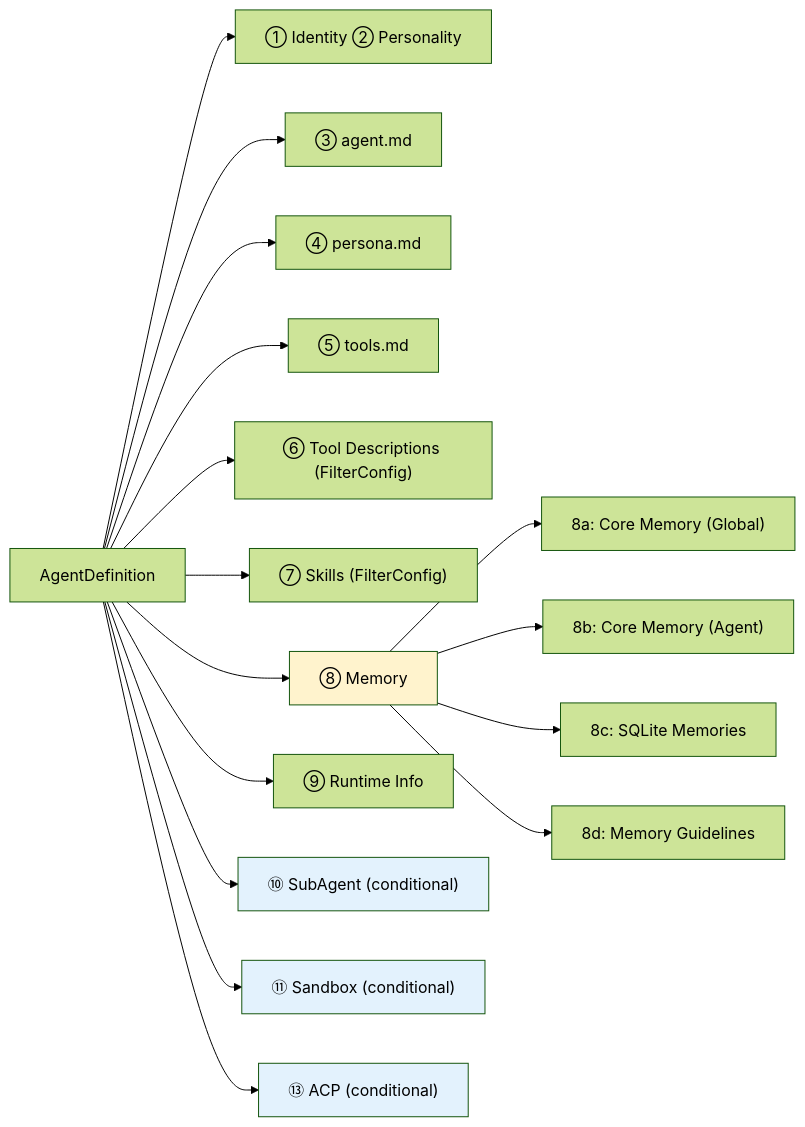
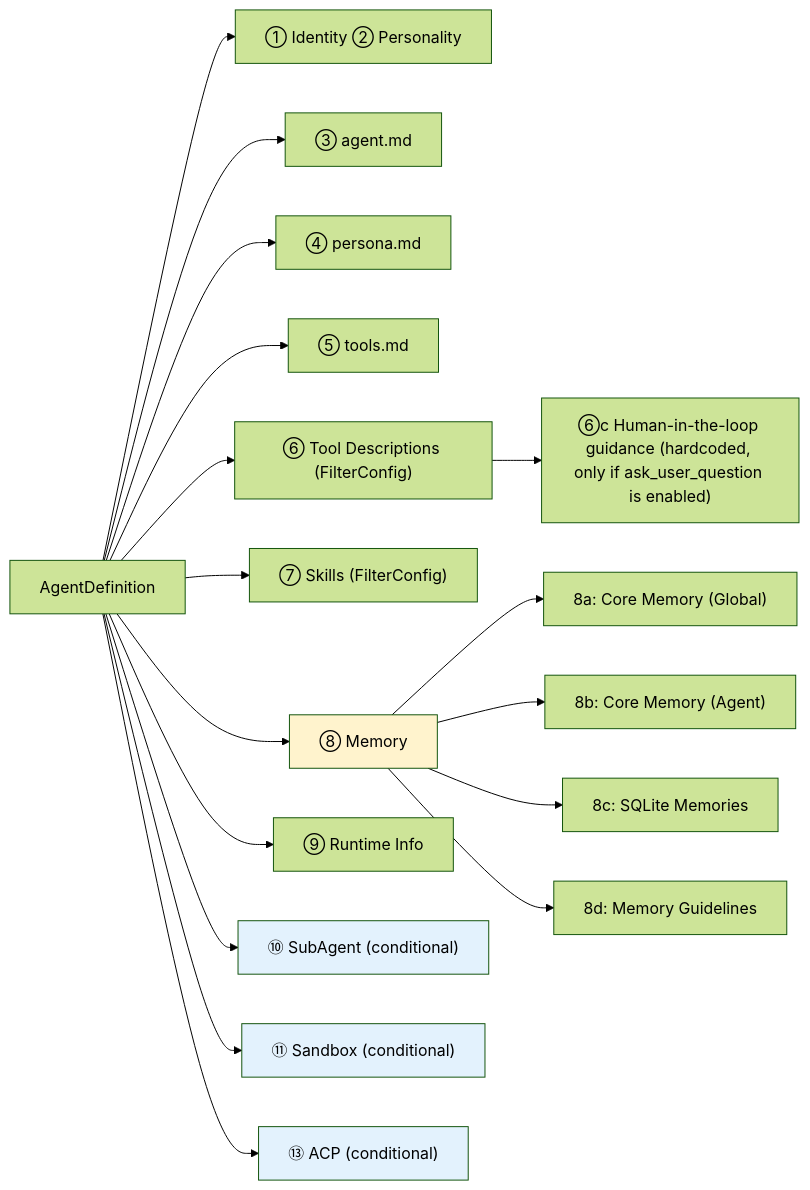
One commit to shiwenwen/hope-agent changed the third of 4 diagrams in docs/architecture/prompt-system.md. Above: the diagram before and after it, drawn with Mermaid (forest theme). The commit also changed other lines of this file and 14 other files, not shown here.

First line of the commit message:
refactor(ask_user): 模块物理独立 + 提问时机硬约束

````diff
--- a/docs/architecture/prompt-system.md
+++ b/docs/architecture/prompt-system.md
@@ -92,23 +94,24 @@
 ```mermaid
 graph LR
     AD["AgentDefinition"] --> S1["① Identity ② Personality"]
     AD --> S3["③ agent.md"]
     AD --> S4["④ persona.md"]
     AD --> S5["⑤ tools.md"]
     AD --> S6["⑥ Tool Descriptions (FilterConfig)"]
+    S6 --> S6c["⑥c Human-in-the-loop guidance (hardcoded, only if ask_user_question is enabled)"]
     AD --> S7["⑦ Skills (FilterConfig)"]
     AD --> S8["⑧ Memory"]
     S8 --> S8a["8a: Core Memory (Global)"]
     S8 --> S8b["8b: Core Memory (Agent)"]
     S8 --> S8c["8c: SQLite Memories"]
     S8 --> S8d["8d: Memory Guidelines"]
     AD --> S9["⑨ Runtime Info"]
     AD --> S10["⑩ SubAgent (conditional)"]
     AD --> S11["⑪ Sandbox (conditional)"]
     AD --> S13["⑬ ACP (conditional)"]
 
     style S8 fill:#fff3cd
     style S10 fill:#e3f2fd
     style S11 fill:#e3f2fd
     style S13 fill:#e3f2fd
 ```
````
